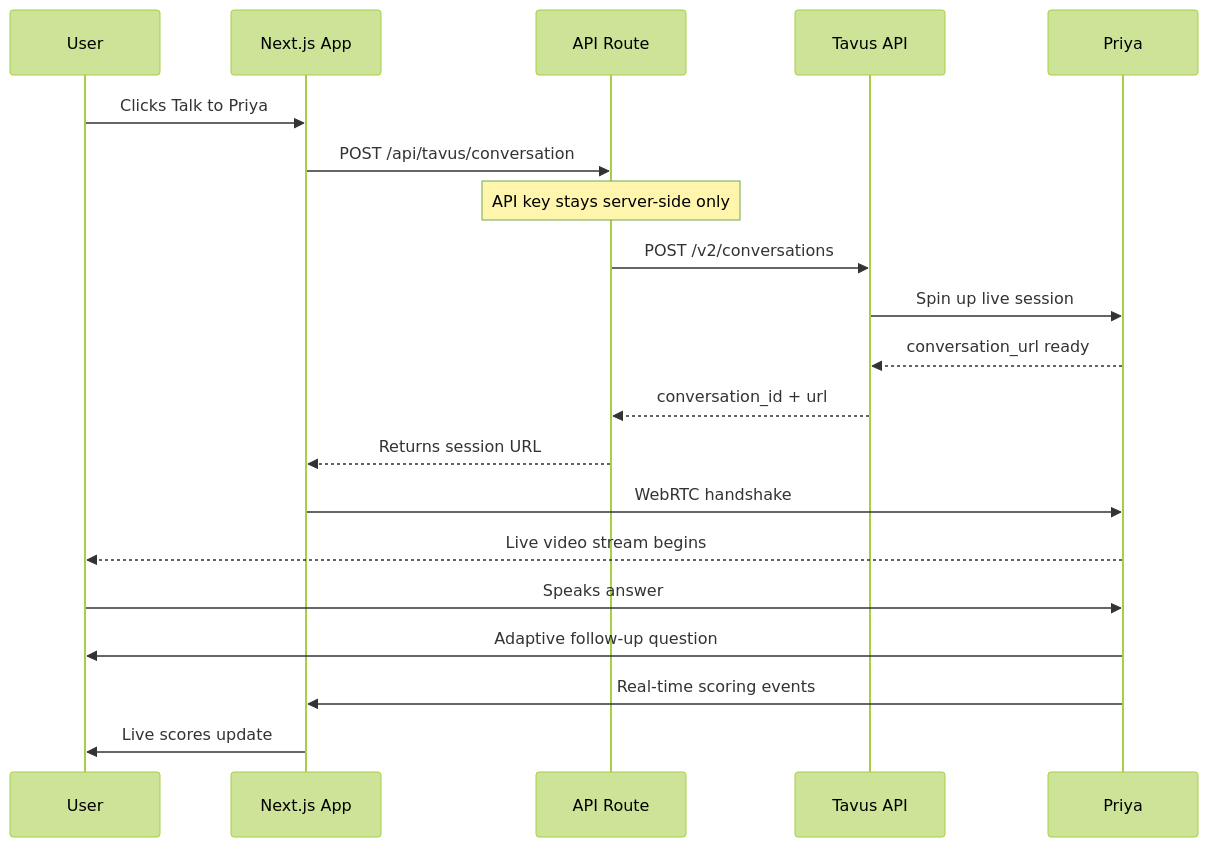
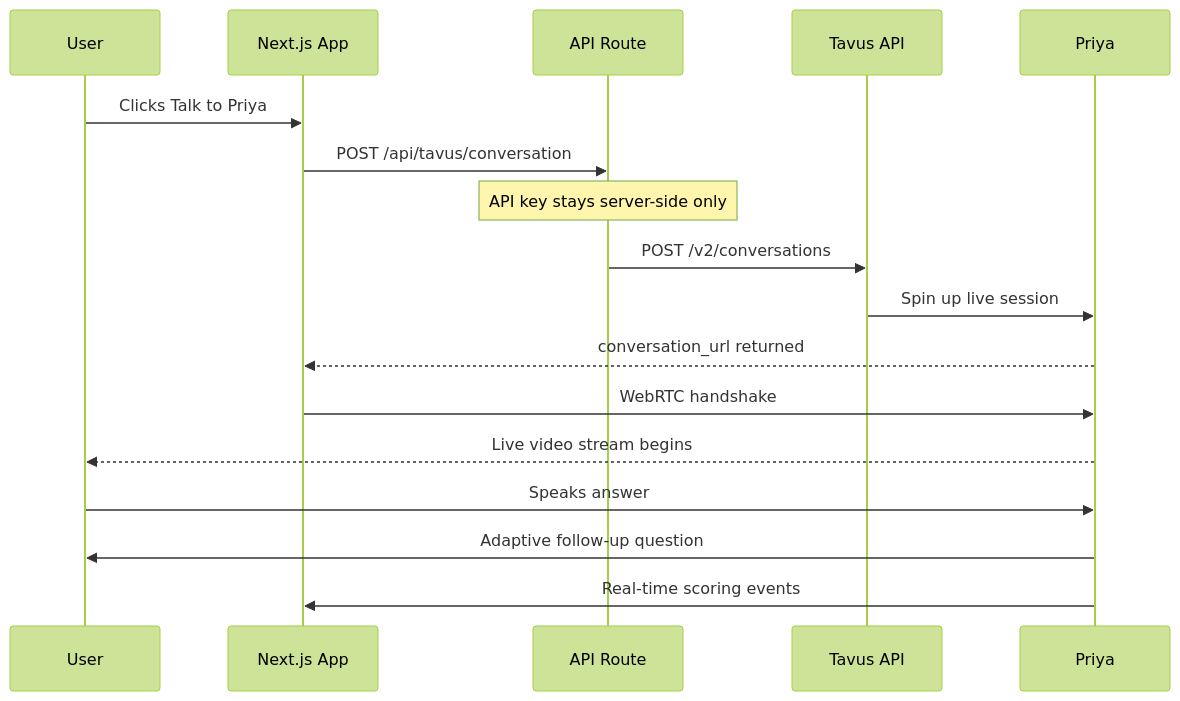
The second of 5 diagrams in README.md (SurinderTech/interview-ai), drawn with Mermaid (forest theme) before and after one commit. The commit also changed other lines of this file and 1 other file, not shown here.

Commit message:
fix: add real Priya avatar photo, fix mermaid diagrams, fix all 3 AI interviewer cards

````diff
--- a/README.md
+++ b/README.md
@@ -140,23 +147,20 @@
 ```mermaid
 sequenceDiagram
     participant U as User
     participant UI as Next.js App
     participant API as API Route
     participant TV as Tavus API
     participant PR as Priya
 
     U->>UI: Clicks Talk to Priya
     UI->>API: POST /api/tavus/conversation
     Note over API: API key stays server-side only
     API->>TV: POST /v2/conversations
     TV->>PR: Spin up live session
-    PR-->>TV: conversation_url ready
-    TV-->>API: conversation_id + url
-    API-->>UI: Returns session URL
+    PR-->>UI: conversation_url returned
     UI->>PR: WebRTC handshake
     PR-->>U: Live video stream begins
     U->>PR: Speaks answer
     PR->>U: Adaptive follow-up question
     PR->>UI: Real-time scoring events
-    UI->>U: Live scores update
 ```
````
